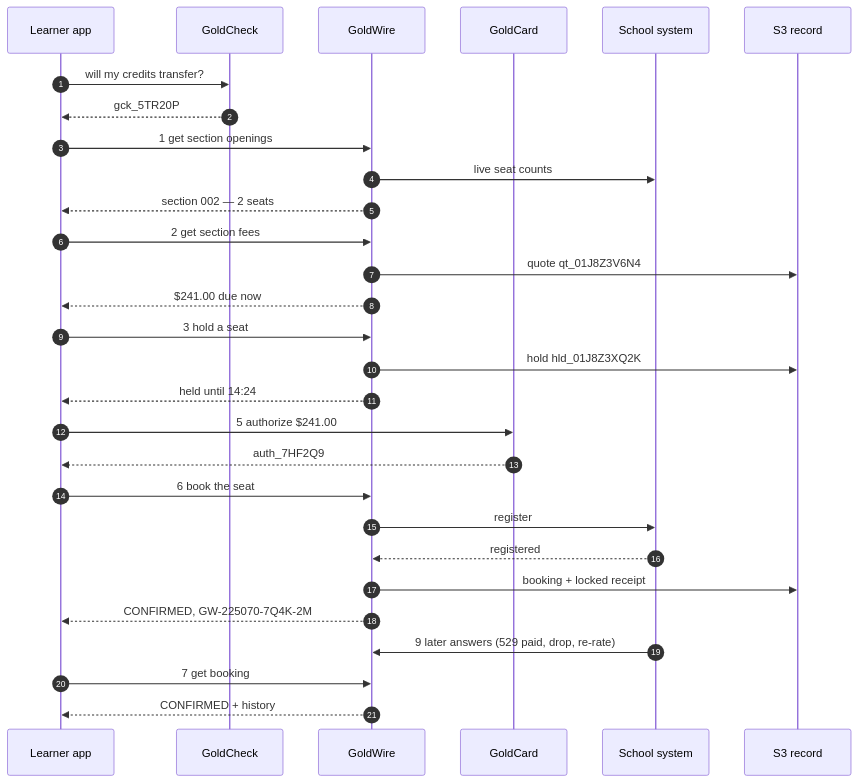
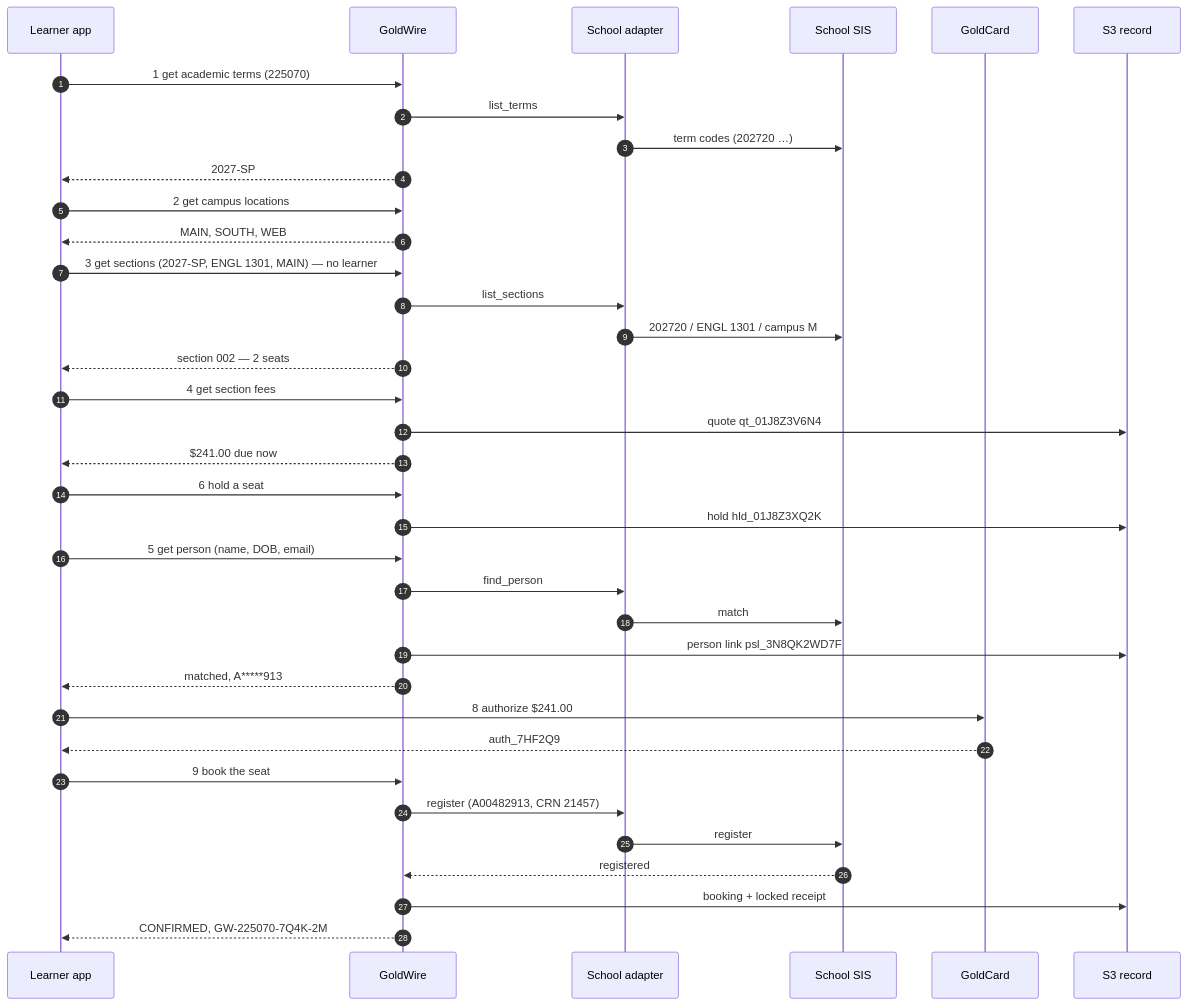
The diagram in docs/drafts/goldwire/README.md (AcademyOne-Inc/GoldSeam), drawn with Mermaid before and after one commit. The commit also changed other lines of this file and 15 other files, not shown here.

First line of the commit message:
Rework GoldWire around SIS-neutral terms; add terms, campuses, person

````diff
--- a/docs/drafts/goldwire/README.md
+++ b/docs/drafts/goldwire/README.md
@@ -69,32 +97,39 @@
 ```mermaid
 sequenceDiagram
     autonumber
     participant L as Learner app
-    participant GC as GoldCheck
     participant GW as GoldWire
+    participant AD as School adapter
+    participant SIS as School SIS
     participant CARD as GoldCard
-    participant SCH as School system
     participant S3 as S3 record
 
-    L->>GC: will my credits transfer?
-    GC-->>L: gck_5TR20P
-    L->>GW: 1 get section openings
-    GW->>SCH: live seat counts
+    L->>GW: 1 get academic terms (225070)
+    GW->>AD: list_terms
+    AD->>SIS: term codes (202720 …)
+    GW-->>L: 2027-SP
+    L->>GW: 2 get campus locations
+    GW-->>L: MAIN, SOUTH, WEB
+    L->>GW: 3 get sections (2027-SP, ENGL 1301, MAIN) — no learner
+    GW->>AD: list_sections
+    AD->>SIS: 202720 / ENGL 1301 / campus M
     GW-->>L: section 002 — 2 seats
-    L->>GW: 2 get section fees
+    L->>GW: 4 get section fees
     GW->>S3: quote qt_01J8Z3V6N4
     GW-->>L: $241.00 due now
-    L->>GW: 3 hold a seat
+    L->>GW: 6 hold a seat
     GW->>S3: hold hld_01J8Z3XQ2K
-    GW-->>L: held until 14:24
-    L->>CARD: 5 authorize $241.00
+    L->>GW: 5 get person (name, DOB, email)
+    GW->>AD: find_person
+    AD->>SIS: match
+    GW->>S3: person link psl_3N8QK2WD7F
+    GW-->>L: matched, A*****913
+    L->>CARD: 8 authorize $241.00
     CARD-->>L: auth_7HF2Q9
-    L->>GW: 6 book the seat
-    GW->>SCH: register
-    SCH-->>GW: registered
+    L->>GW: 9 book the seat
+    GW->>AD: register (A00482913, CRN 21457)
+    AD->>SIS: register
+    SIS-->>GW: registered
     GW->>S3: booking + locked receipt
     GW-->>L: CONFIRMED, GW-225070-7Q4K-2M
-    SCH->>GW: 9 later answers (529 paid, drop, re-rate)
-    L->>GW: 7 get booking
-    GW-->>L: CONFIRMED + history
 ```
````
